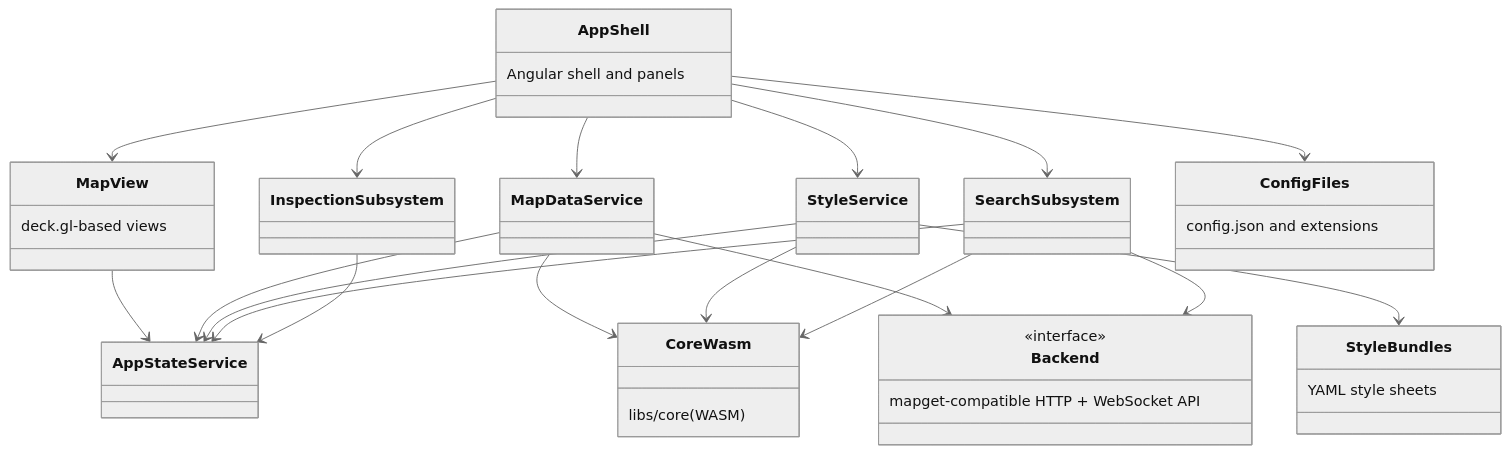
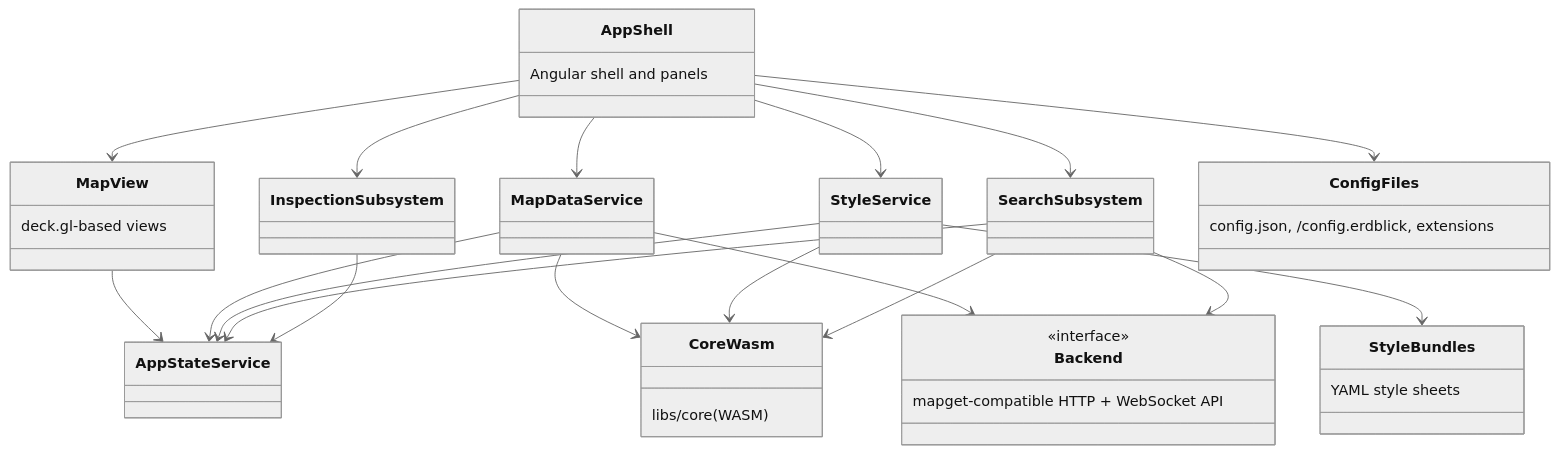
Before and after one commit to ndsev/erdblick: the first of 10 diagrams in docs/erdblick-dev-guide.md, drawn with Mermaid (neutral theme). The commit also changed other lines of this file and 14 other files, not shown here.

Commit message:
Support erdblick server provided config

````diff
--- a/docs/erdblick-dev-guide.md
+++ b/docs/erdblick-dev-guide.md
@@ -106,49 +106,49 @@
 ```mermaid
 classDiagram
   class AppShell {
     Angular shell and panels
   }
   class MapView {
     deck.gl-based views
   }
   class MapDataService
   class StyleService
   class SearchSubsystem
   class InspectionSubsystem
   class AppStateService
   class CoreWasm {
     libs/core (WASM)
   }
   class Backend {
     <<interface>>
     mapget-compatible HTTP + WebSocket API
   }
   class ConfigFiles {
-    config.json and extensions
+    config.json, /config.erdblick, extensions
   }
   class StyleBundles {
     YAML style sheets
   }
 
   AppShell --> MapView
   AppShell --> MapDataService
   AppShell --> StyleService
   AppShell --> SearchSubsystem
   AppShell --> InspectionSubsystem
 
   MapView --> AppStateService
   MapDataService --> AppStateService
   StyleService --> AppStateService
   SearchSubsystem --> AppStateService
   InspectionSubsystem --> AppStateService
 
   MapDataService --> CoreWasm
   StyleService --> CoreWasm
   SearchSubsystem --> CoreWasm
 
   MapDataService --> Backend
   SearchSubsystem --> Backend
 
   AppShell --> ConfigFiles
   StyleService --> StyleBundles
 ```
````
